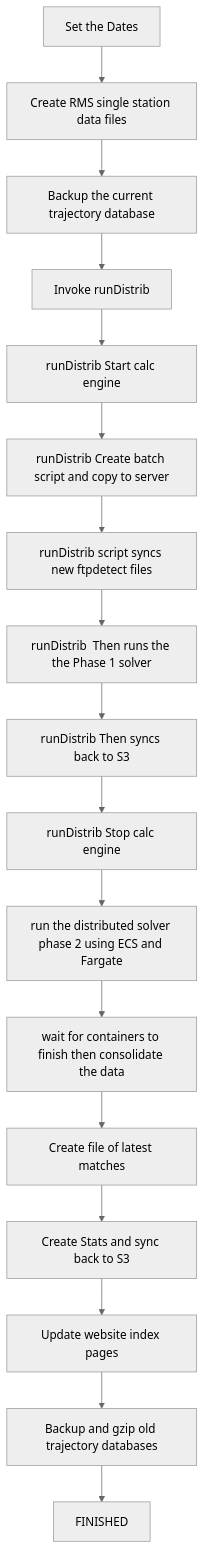
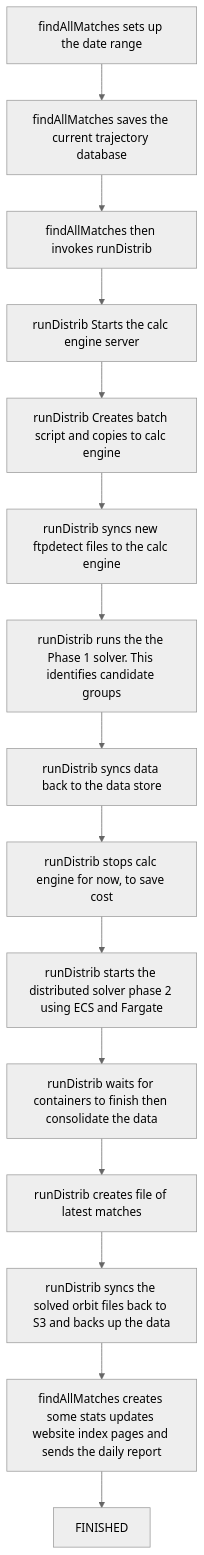
Before and after one commit to ukmda/ukmda-dataprocessing: the third of 4 diagrams in archive/README.md, drawn with Mermaid (neutral theme). The commit also changed other lines of this file and 1 other file, not shown here.

Commit message:
improvements to documentation

````diff
--- a/archive/README.md
+++ b/archive/README.md
@@ -56,20 +57,18 @@
 ```mermaid
     flowchart TD
 
-    setd[Set the Dates] --> rmssngl[Create RMS single station data files]
-    rmssngl --> bkp1[Backup the current trajectory database]
-    bkp1 --> rmat[Invoke runDistrib]
-    rmat --> start[runDistrib Start calc engine]
-    start --> creat[runDistrib Create batch script and copy to server]
-    creat --> sync1[runDistrib script syncs new ftpdetect files]
-    sync1 --> run[runDistrib  Then runs the the Phase 1 solver]
-    run --> sync2[runDistrib Then syncs back to S3]
-    sync2 --> done[runDistrib Stop calc engine]
-    done --> stage2[run the distributed solver phase 2 using ECS and Fargate]
-    stage2 --> consol[wait for containers to finish then consolidate the data]
-    consol --> repo[Create file of latest matches]
-    repo --> stats[Create Stats and sync back to S3]
-    stats --> idxpg[Update website index pages]
-    idxpg --> gzi[Backup and gzip old trajectory databases]
-    gzi --> d[FINISHED]
+    setd[findAllMatches sets up the date range] --> bkp1[findAllMatches saves the current trajectory database]
+    bkp1 --> rmat[findAllMatches then invokes runDistrib]
+    rmat --> start[runDistrib Starts the calc engine server]
+    start --> creat[runDistrib Creates batch script and copies to calc engine]
+    creat --> sync1[runDistrib syncs new ftpdetect files to the calc engine]
+    sync1 --> run[runDistrib runs the the Phase 1 solver. This identifies candidate groups]
+    run --> sync2[runDistrib syncs data back to the data store]
+    sync2 --> done[runDistrib stops calc engine for now, to save cost]
+    done --> stage2[runDistrib starts the distributed solver phase 2 using ECS and Fargate]
+    stage2 --> consol[runDistrib waits for containers to finish then consolidate the data]
+    consol --> repo[runDistrib creates file of latest matches]
+    repo --> stats[runDistrib syncs the solved orbit files back to S3 and backs up the data]
+    stats --> idxpg[findAllMatches creates some stats updates website index pages and sends the daily report]
+    idxpg --> d[FINISHED]
 ```
````
